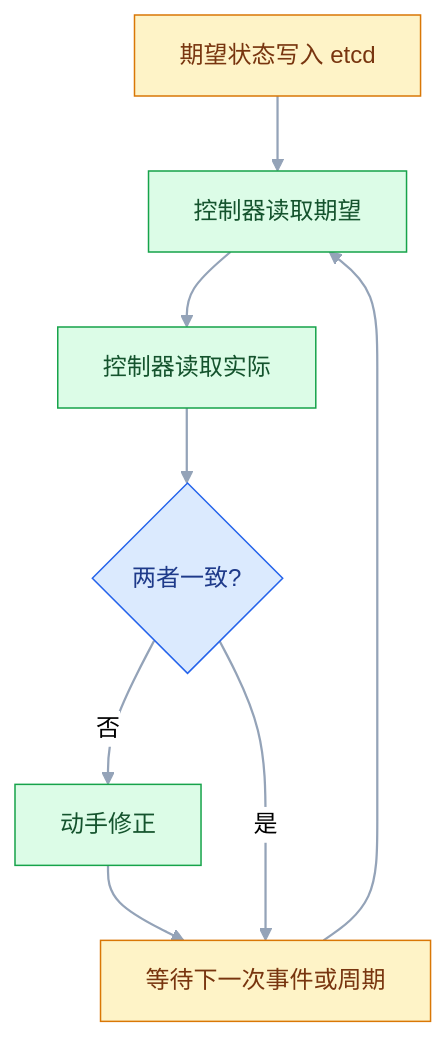
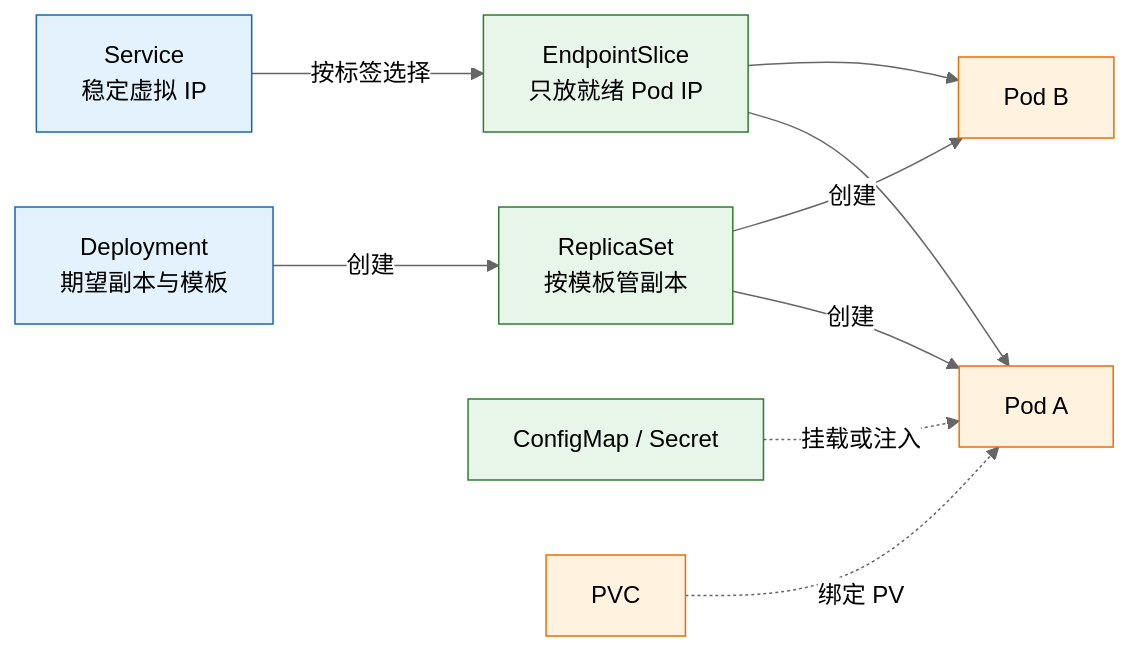
Before and after one commit to jimbosuper/studynotes: the second of 3 diagrams in blog/src/notes/07-运维/03-容器与编排/03-Kubernetes核心概念.md, drawn with Mermaid (neutral theme). The commit also changed other lines of this file and 367 other files, not shown here.

````diff
--- a/blog/src/notes/07-运维/03-容器与编排/03-Kubernetes核心概念.md
+++ b/blog/src/notes/07-运维/03-容器与编排/03-Kubernetes核心概念.md
@@ -509,19 +320,17 @@
 ```mermaid
-flowchart TD
-    classDef client fill:#DBEAFE,stroke:#2563EB,color:#1E3A8A
-    classDef service fill:#DCFCE7,stroke:#16A34A,color:#14532D
-    classDef data fill:#FEF3C7,stroke:#D97706,color:#78350F
-
-    A["期望状态写入 etcd"]:::data
-    B["控制器读取期望"]:::service
-    C["控制器读取实际"]:::service
-    D{"两者一致?"}:::client
-    E["动手修正"]:::service
-    F["等待下一次事件或周期"]:::data
-
-    A --> B --> C --> D
-    D -->|"否"| E --> F
-    D -->|"是"| F
-    F --> B
-    linkStyle default stroke:#94A3B8,stroke-width:1.5px
+flowchart LR
+    D["Deployment<br/>期望副本与模板"] -->|"创建"| RS["ReplicaSet<br/>按模板管副本"]
+    RS -->|"创建"| P1["Pod A"]
+    RS -->|"创建"| P2["Pod B"]
+    S["Service<br/>稳定虚拟 IP"] -->|"按标签选择"| ES["EndpointSlice<br/>只放就绪 Pod IP"]
+    ES --> P1
+    ES --> P2
+    CM["ConfigMap / Secret"] -.->|"挂载或注入"| P1
+    PVC["PVC"] -.->|"绑定 PV"| P1
+    classDef client fill:#e3f2fd,stroke:#1565c0;
+    classDef engine fill:#e8f5e9,stroke:#2e7d32;
+    classDef image fill:#fff3e0,stroke:#ef6c00;
+    class D,S client
+    class RS,ES,CM engine
+    class P1,P2,PVC image
 ```
````
